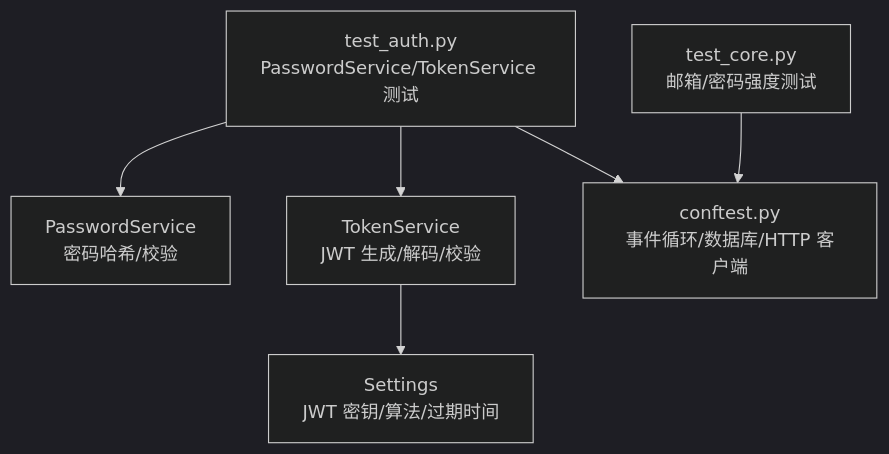
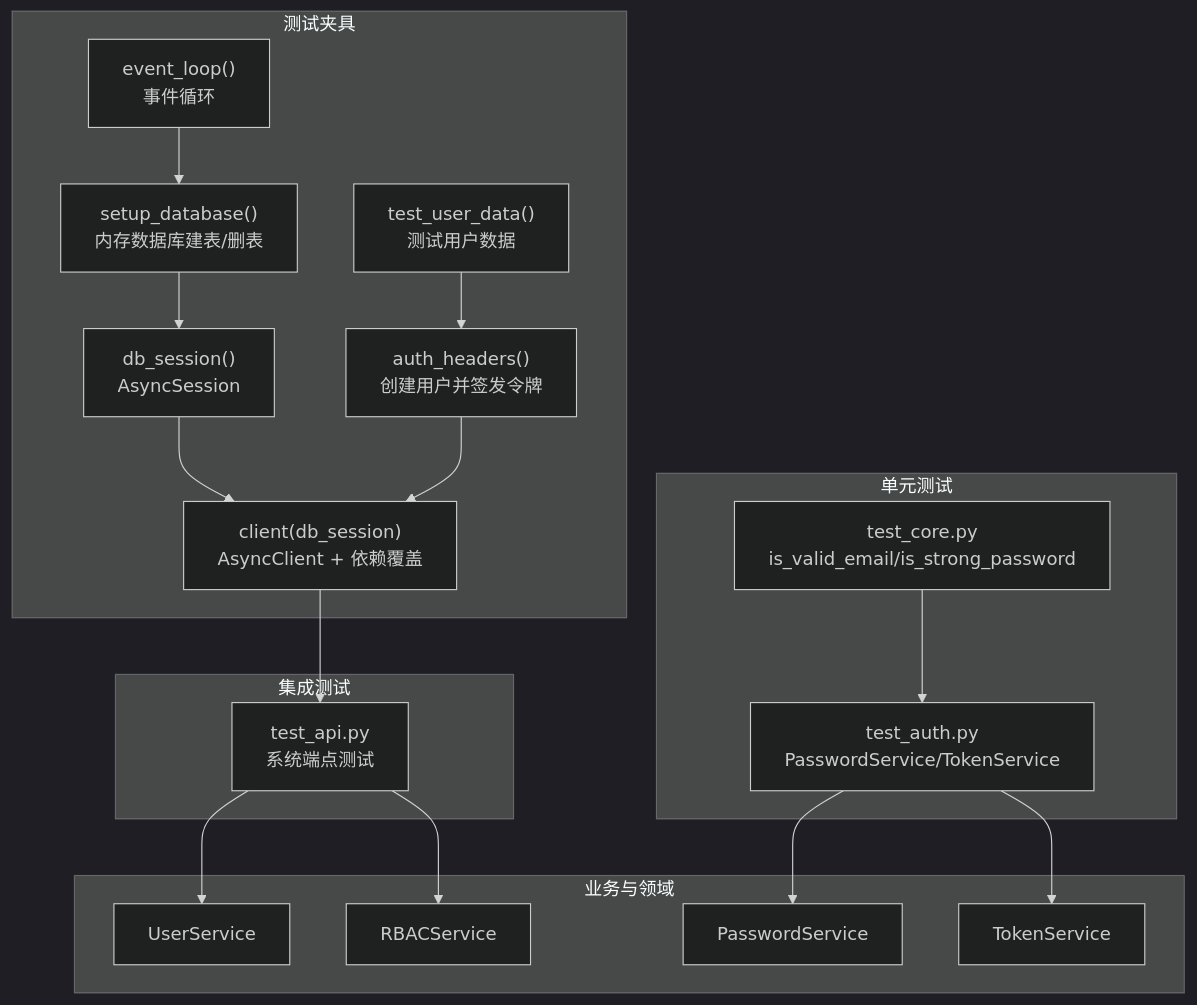
Before and after one commit to taoweidong/Hello-FastApi: the second of 7 diagrams in .qoder/repowiki/zh/content/测试策略/单元测试.md, drawn with Mermaid (dark theme). The commit also changed other lines of this file and 119 other files, not shown here.

````diff
--- a/.qoder/repowiki/zh/content/测试策略/单元测试.md
+++ b/.qoder/repowiki/zh/content/测试策略/单元测试.md
@@ -94,14 +122,35 @@
 ```mermaid
 graph TB
-PS["PasswordService<br/>密码哈希/校验"]
-TS["TokenService<br/>JWT 生成/解码/校验"]
-ST["Settings<br/>JWT 密钥/算法/过期时间"]
-CF["conftest.py<br/>事件循环/数据库/HTTP 客户端"]
-TA["test_auth.py<br/>PasswordService/TokenService 测试"]
-TC["test_core.py<br/>邮箱/密码强度测试"]
+subgraph "测试夹具"
+EL["event_loop()<br/>事件循环"]
+SD["setup_database()<br/>内存数据库建表/删表"]
+DS["db_session()<br/>AsyncSession"]
+AC["client(db_session)<br/>AsyncClient + 依赖覆盖"]
+TUD["test_user_data()<br/>测试用户数据"]
+AH["auth_headers()<br/>创建用户并签发令牌"]
+end
+subgraph "单元测试"
+TA["test_auth.py<br/>PasswordService/TokenService"]
+TC["test_core.py<br/>is_valid_email/is_strong_password"]
+end
+subgraph "集成测试"
+API["test_api.py<br/>系统端点测试"]
+end
+subgraph "业务与领域"
+US["UserService"]
+RS["RBACService"]
+PS["PasswordService"]
+TS["TokenService"]
+end
+EL --> SD
+SD --> DS
+DS --> AC
+AC --> API
+TUD --> AH
+AH --> AC
 TA --> PS
 TA --> TS
-TS --> ST
-TA --> CF
-TC --> CF
+TC --> TA
+API --> US
+API --> RS
 ```
````
